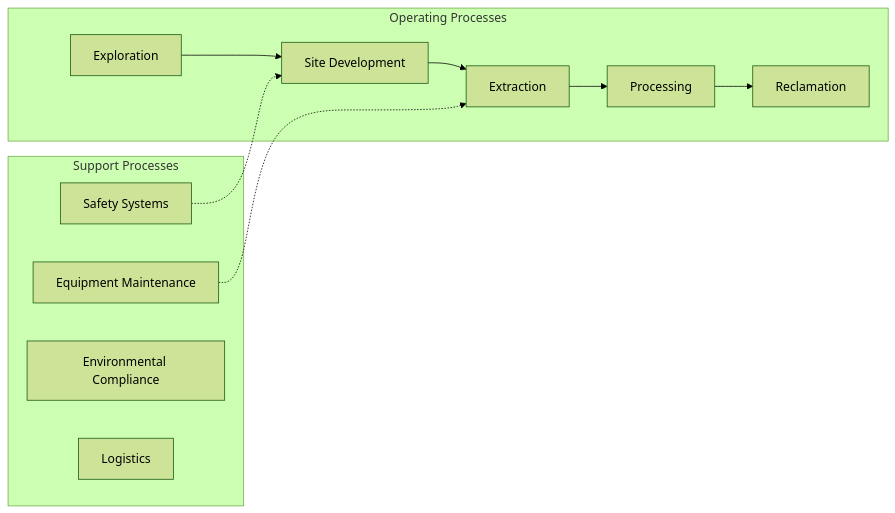
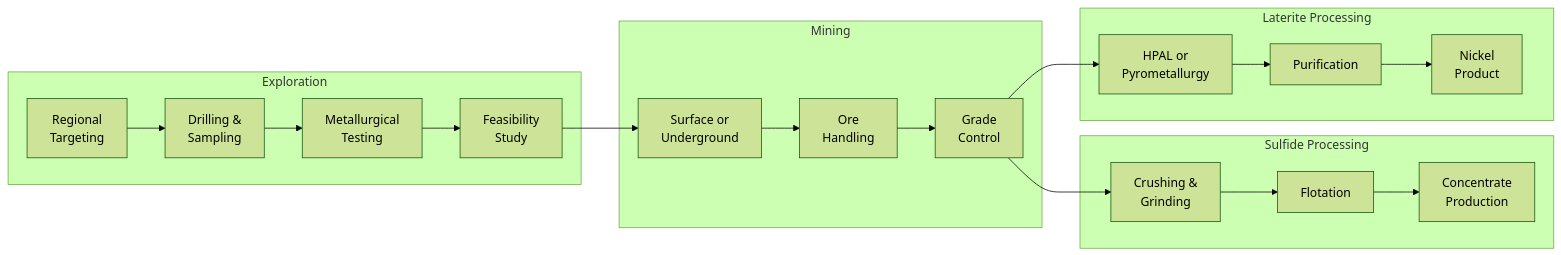
The second of 3 diagrams in industries/Mining/MetalOreMining/Nickel.mdx (kziemski/business.org.ai), drawn with Mermaid (forest theme) before and after one commit. The commit also changed other lines of this file and 67 other files, not shown here.

````diff
--- a/industries/Mining/MetalOreMining/Nickel.mdx
+++ b/industries/Mining/MetalOreMining/Nickel.mdx
@@ -46,24 +74,32 @@
 ```mermaid
 flowchart LR
-    subgraph Operating["Operating Processes"]
-        O1["Exploration"]
-        O2["Site Development"]
-        O3["Extraction"]
-        O4["Processing"]
-        O5["Reclamation"]
+    subgraph Exploration["Exploration"]
+        E1["Regional<br/>Targeting"]
+        E2["Drilling &<br/>Sampling"]
+        E3["Metallurgical<br/>Testing"]
+        E4["Feasibility<br/>Study"]
     end
 
-    subgraph Support["Support Processes"]
-        S1["Safety Systems"]
-        S2["Equipment Maintenance"]
-        S3["Environmental Compliance"]
-        S4["Logistics"]
+    subgraph Mining["Mining"]
+        M1["Surface or<br/>Underground"]
+        M2["Ore<br/>Handling"]
+        M3["Grade<br/>Control"]
     end
 
-    O1 --> O2
-    O2 --> O3
-    O3 --> O4
-    O4 --> O5
-    S1 -.-> O2
-    S2 -.-> O3
+    subgraph Sulfide["Sulfide Processing"]
+        S1["Crushing &<br/>Grinding"]
+        S2["Flotation"]
+        S3["Concentrate<br/>Production"]
+    end
+
+    subgraph Laterite["Laterite Processing"]
+        L1["HPAL or<br/>Pyrometallurgy"]
+        L2["Purification"]
+        L3["Nickel<br/>Product"]
+    end
+
+    E1 --> E2 --> E3 --> E4
+    E4 --> M1 --> M2 --> M3
+    M3 --> S1 --> S2 --> S3
+    M3 --> L1 --> L2 --> L3
 ```
````
